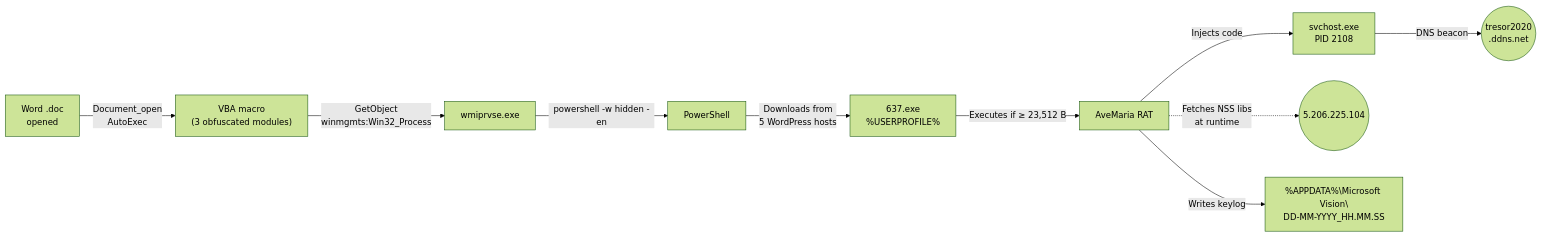
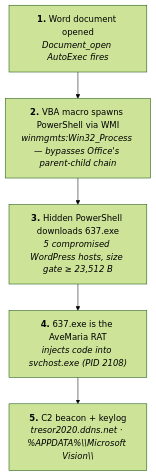
Before and after one commit to smoltuna/Reversing-avemaria: the diagram in README.md, drawn with Mermaid (forest theme).

Commit message:
Simplify attack chain diagram (LR 10 nodes → TB 5 nodes)

````diff
--- a/README.md
+++ b/README.md
@@ -27,12 +27,8 @@
 ```mermaid
-flowchart LR
-    A["Word .doc<br/>opened"] -->|Document_open<br/>AutoExec| B["VBA macro<br/>(3 obfuscated modules)"]
-    B -->|GetObject<br/>winmgmts:Win32_Process| C["wmiprvse.exe"]
-    C -->|powershell -w hidden -en| D["PowerShell"]
-    D -->|Downloads from<br/>5 WordPress hosts| E["637.exe<br/>%USERPROFILE%"]
-    E -->|Executes if ≥ 23,512 B| F["AveMaria RAT"]
-    F -->|Injects code| G["svchost.exe<br/>PID 2108"]
-    G -->|DNS beacon| H(("tresor2020<br/>.ddns.net"))
-    F -.->|Fetches NSS libs<br/>at runtime| I(("5.206.225.104"))
-    F -->|Writes keylog| J["%APPDATA%\Microsoft Vision\<br/>DD-MM-YYYY_HH.MM.SS"]
+flowchart TB
+    A["<b>1.</b> Word document opened<br/><i>Document_open AutoExec fires</i>"]
+      --> B["<b>2.</b> VBA macro spawns PowerShell via WMI<br/><i>winmgmts:Win32_Process — bypasses Office's parent-child chain</i>"]
+    B --> C["<b>3.</b> Hidden PowerShell downloads 637.exe<br/><i>5 compromised WordPress hosts, size gate ≥ 23,512 B</i>"]
+    C --> D["<b>4.</b> 637.exe is the AveMaria RAT<br/><i>injects code into svchost.exe (PID 2108)</i>"]
+    D --> E["<b>5.</b> C2 beacon + keylog<br/><i>tresor2020.ddns.net · %APPDATA%\\Microsoft Vision\\</i>"]
 ```
````
